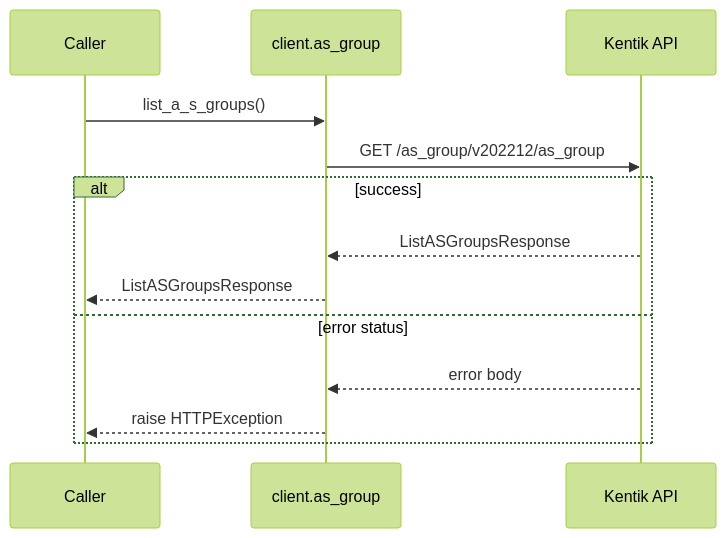
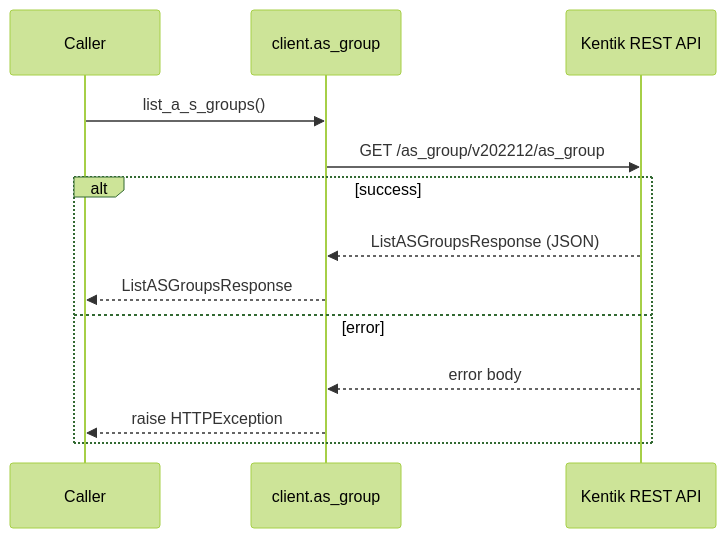
The second of 12 diagrams in docs/sphinx/services/as_group.md (alexdearaujo/community_sdk_python), drawn with Mermaid (forest theme) before and after one commit. The commit also changed other lines of this file and 61 other files, not shown here.

````diff
--- a/docs/sphinx/services/as_group.md
+++ b/docs/sphinx/services/as_group.md
@@ -33,16 +35,16 @@
 ```mermaid
 sequenceDiagram
     participant C as Caller
     participant W as client.as_group
-    participant API as Kentik API
+    participant API as Kentik REST API
 
     C->>W: list_a_s_groups()
     W->>API: GET /as_group/v202212/as_group
     alt success
-        API-->>W: ListASGroupsResponse
+        API-->>W: ListASGroupsResponse (JSON)
         W-->>C: ListASGroupsResponse
-    else error status
+    else error
         API-->>W: error body
         W-->>C: raise HTTPException
     end
 ```
````
